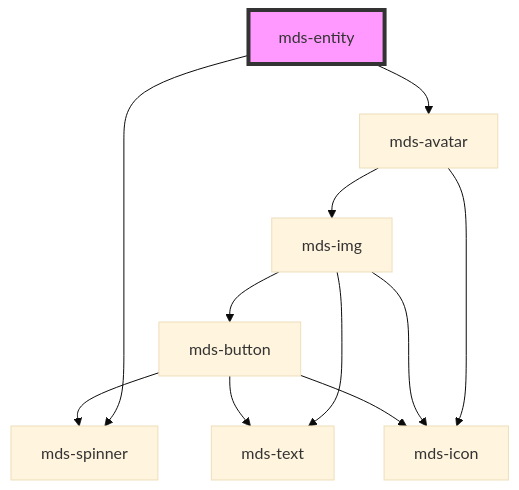
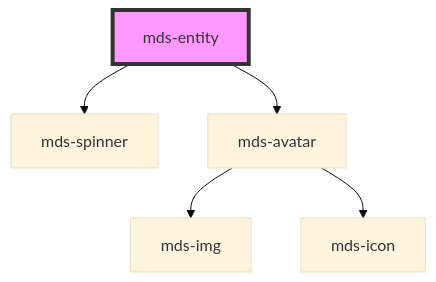
The diagram in projects/stencil/src/components/mds-entity/readme.md (magma-design-system/magma), drawn with Mermaid (base theme) before and after one commit. The commit also changed 15 other files, not shown here.

````diff
--- a/projects/stencil/src/components/mds-entity/readme.md
+++ b/projects/stencil/src/components/mds-entity/readme.md
@@ -51,14 +51,8 @@
 ```mermaid
 graph TD;
   mds-entity --> mds-spinner
   mds-entity --> mds-avatar
   mds-avatar --> mds-img
   mds-avatar --> mds-icon
-  mds-img --> mds-icon
-  mds-img --> mds-text
-  mds-img --> mds-button
-  mds-button --> mds-spinner
-  mds-button --> mds-icon
-  mds-button --> mds-text
   style mds-entity fill:#f9f,stroke:#333,stroke-width:4px
 ```
````
